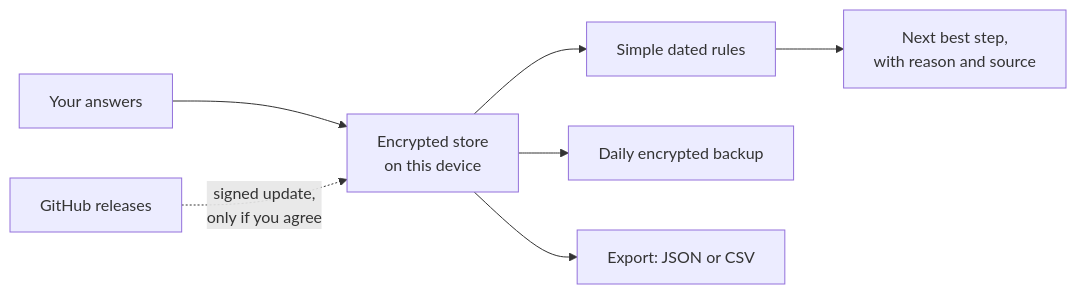
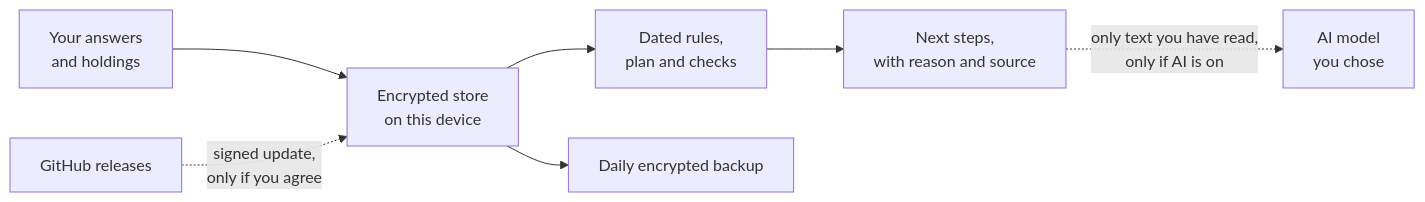
Before and after one commit to sudharamachandranrajeev/samriddhi: the diagram in README.md, drawn with Mermaid. The commit also changed other lines of this file and 18 other files, not shown here.

````diff
--- a/README.md
+++ b/README.md
@@ -217,9 +317,9 @@
 ```mermaid
 flowchart LR
-  A["Your answers"] --> B["Encrypted store<br>on this device"]
-  B --> C["Simple dated rules"]
-  C --> D["Next best step,<br>with reason and source"]
+  A["Your answers<br>and holdings"] --> B["Encrypted store<br>on this device"]
+  B --> C["Dated rules,<br>plan and checks"]
+  C --> D["Next steps,<br>with reason and source"]
   B --> E["Daily encrypted backup"]
-  B --> F["Export: JSON or CSV"]
   G["GitHub releases"] -. "signed update,<br>only if you agree" .-> B
+  D -. "only text you have read,<br>only if AI is on" .-> H["AI model<br>you chose"]
 ```
````
